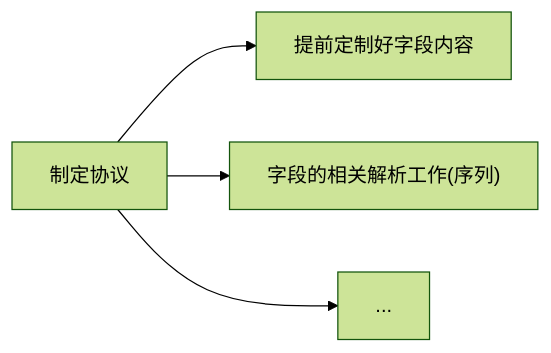
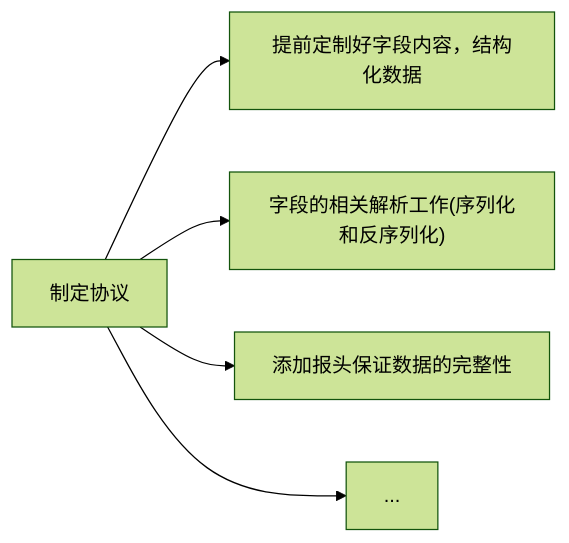
The diagram in Computer_Networks_Note/004+limou+2024_03_18+应用层.md (xiaogithubooo/LimouLearnNote), drawn with Mermaid (forest theme) before and after one commit. The commit also changed other lines of this file and 12 other files, not shown here.

````diff
--- a/Computer_Networks_Note/004+limou+2024_03_18+应用层.md
+++ b/Computer_Networks_Note/004+limou+2024_03_18+应用层.md
@@ -55,4 +57,4 @@
 ```mermaid
 flowchart LR
-制定协议 --> 提前定制好字段内容 & a["字段的相关解析工作(序列)"] & ...
+制定协议 --> a["提前定制好字段内容，结构化数据"] & b["字段的相关解析工作(序列化和反序列化)"] & c["添加报头保证数据的完整性"] & ...
 ```
````
